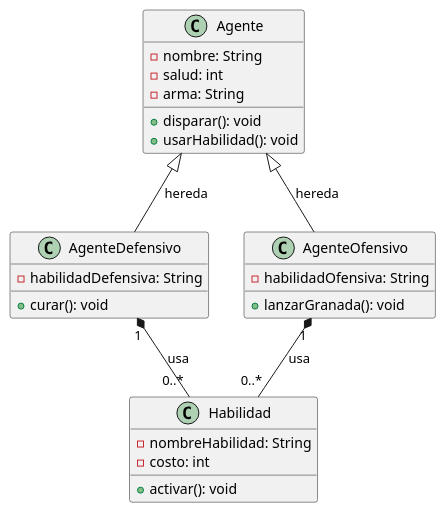
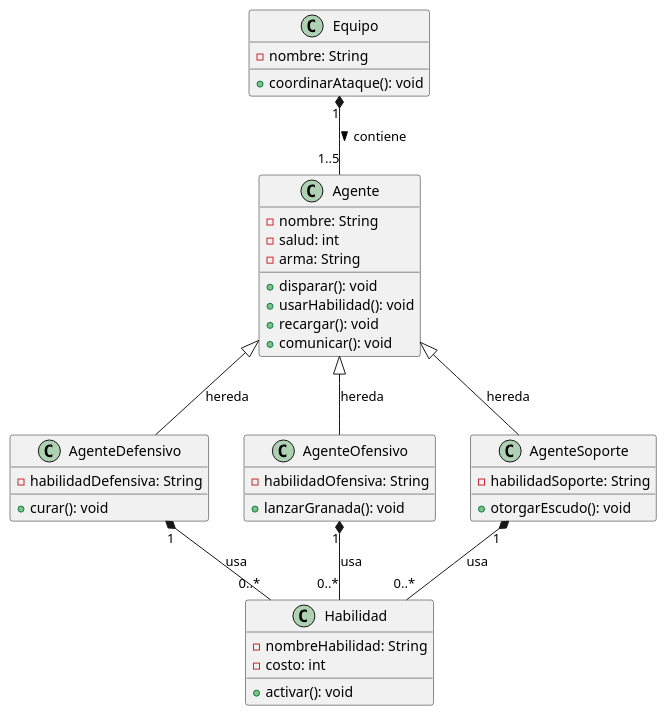
The diagram in Ejercicio4.puml (AlbaS-R/DiagramaUML), drawn with PlantUML before and after one commit. The commit also changed 1 other file, not shown here.

```diff
--- a/Ejercicio4.puml
+++ b/Ejercicio4.puml
@@ -1,31 +1,48 @@
 @startuml
 class Agente {
   - nombre: String
   - salud: int
   - arma: String
   + disparar(): void
   + usarHabilidad(): void
+  + recargar(): void
+  + comunicar(): void
 }
 
 class AgenteDefensivo {
   - habilidadDefensiva: String
   + curar(): void
 }
 
 class AgenteOfensivo {
   - habilidadOfensiva: String
   + lanzarGranada(): void
 }
 
+class AgenteSoporte {
+  - habilidadSoporte: String
+  + otorgarEscudo(): void
+}
+
 class Habilidad {
   - nombreHabilidad: String
   - costo: int
   + activar(): void
 }
 
+class Equipo {
+  - nombre: String
+  + coordinarAtaque(): void
+}
+
 Agente <|-- AgenteDefensivo : hereda
 Agente <|-- AgenteOfensivo : hereda
+Agente <|-- AgenteSoporte : hereda
+
 AgenteOfensivo "1" *-- "0..*" Habilidad : usa
 AgenteDefensivo "1" *-- "0..*" Habilidad : usa
+AgenteSoporte    "1" *-- "0..*" Habilidad : usa
+
+Equipo "1" *-- "1..5" Agente : contiene >
 
 @enduml
```
